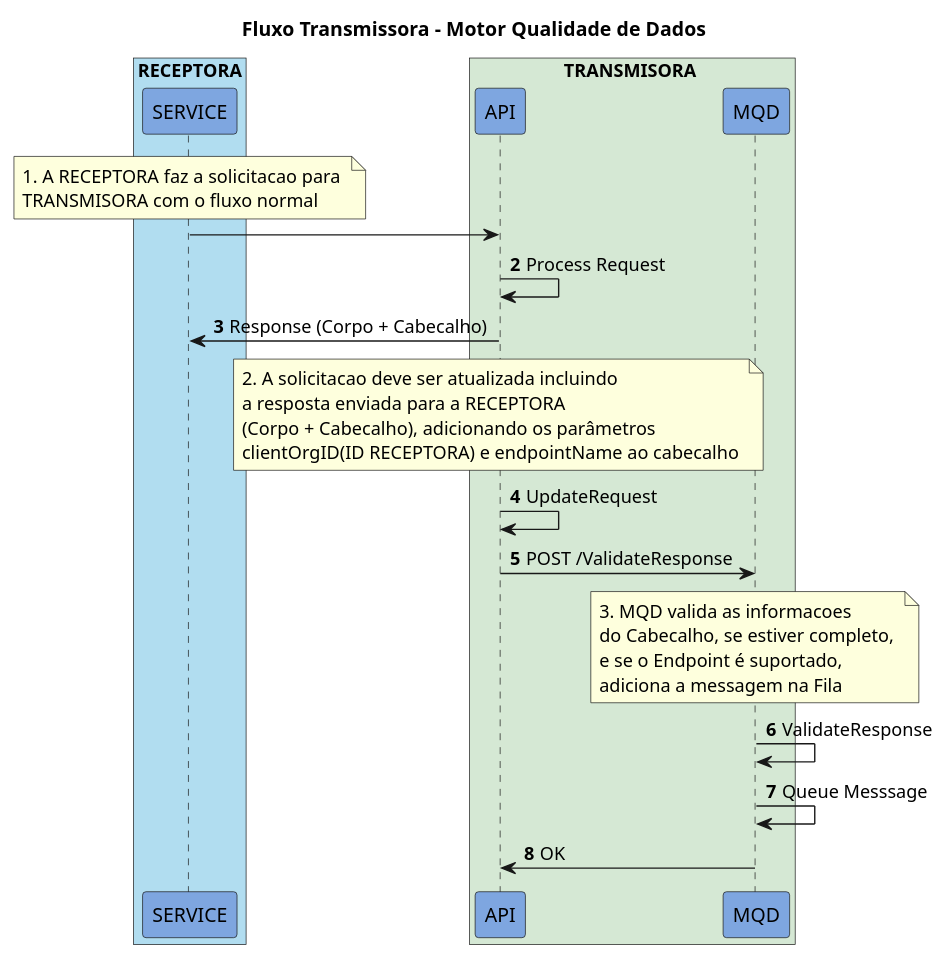
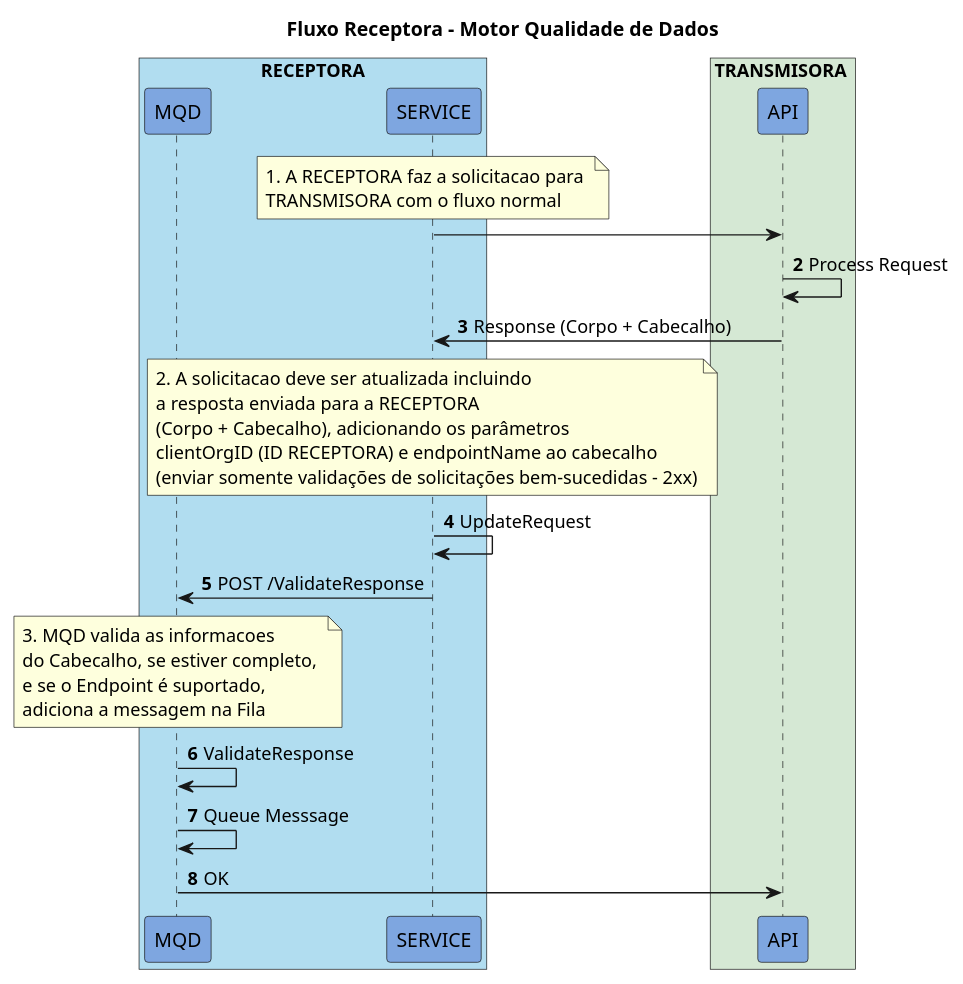
Before and after one commit to OpenBanking-Brasil/mqd-client: the diagram in docs/Arquitetura/desenhos/receptora_fluxo_API.puml, drawn with PlantUML. The commit also changed 3 other files, not shown here.

Commit message:
Updating receptora_fluxo_API and transmissora_fluxo_API drawings

```diff
--- a/docs/Arquitetura/desenhos/receptora_fluxo_API.puml
+++ b/docs/Arquitetura/desenhos/receptora_fluxo_API.puml
@@ -1,41 +1,42 @@
 @startuml
-title Fluxo Transmissora - Motor Qualidade de Dados
+title Fluxo Receptora - Motor Qualidade de Dados
 
 box "RECEPTORA" #B1DDF0
+  participant MQD #7EA6E0
   participant SERVICE #7EA6E0
 end box
 
 box TRANSMISORA #D5E8D4
   participant API #7EA6E0
-  participant MQD #7EA6E0
 end box
 
 note over SERVICE 
    1. A RECEPTORA faz a solicitacao para 
    TRANSMISORA com o fluxo normal
 end note
 
 SERVICE -> API
 autonumber 2
 API -> API: Process Request
 API -> SERVICE: Response (Corpo + Cabecalho)
-  note over API 
+  note over SERVICE 
      2. A solicitacao deve ser atualizada incluindo 
      a resposta enviada para a RECEPTORA
      (Corpo + Cabecalho), adicionando os parâmetros 
-     clientOrgID(ID RECEPTORA) e endpointName ao cabecalho 
+     clientOrgID (ID RECEPTORA) e endpointName ao cabecalho 
+     (enviar somente validações de solicitações bem-sucedidas - 2xx)
   end note
-API -> API : UpdateRequest
+SERVICE -> SERVICE : UpdateRequest
 
-API -> MQD: POST /ValidateResponse
+SERVICE -> MQD: POST /ValidateResponse
 note over MQD
   3. MQD valida as informacoes 
   do Cabecalho, se estiver completo, 
   e se o Endpoint é suportado,
   adiciona a messagem na Fila
 end note
-MQD -> MQD: ValidateResponse
-MQD -> MQD: Queue Messsage
+MQD -> MQD : ValidateResponse
+MQD -> MQD : Queue Messsage
 MQD -> API : OK
 
 @enduml
```
